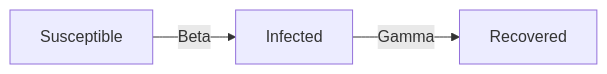
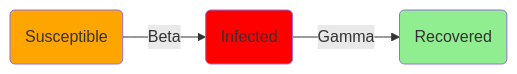
One commit to diabolical-ninja/yeltahir.com changed the first of 3 diagrams in content/posts/sir_model/index.md. Above: the diagram before and after it, drawn with Mermaid. The commit also changed other lines of this file, not shown here.

Commit message:
Add colours & correct spelling in flowcharts

```diff
--- a/content/posts/sir_model/index.md
+++ b/content/posts/sir_model/index.md
@@ -35,5 +35,8 @@
 {{< mermaid >}}
 graph LR;
-    Susceptible --Beta--> Infected
-    Infected --Gamma--> Recovered
+    S(Susceptible) --Beta--> I(Infected)
+    I --Gamma--> R(Recovered)
+    style S fill:orange
+    style I fill:red
+    style R fill:lightgreen
 {{< /mermaid >}}
```
